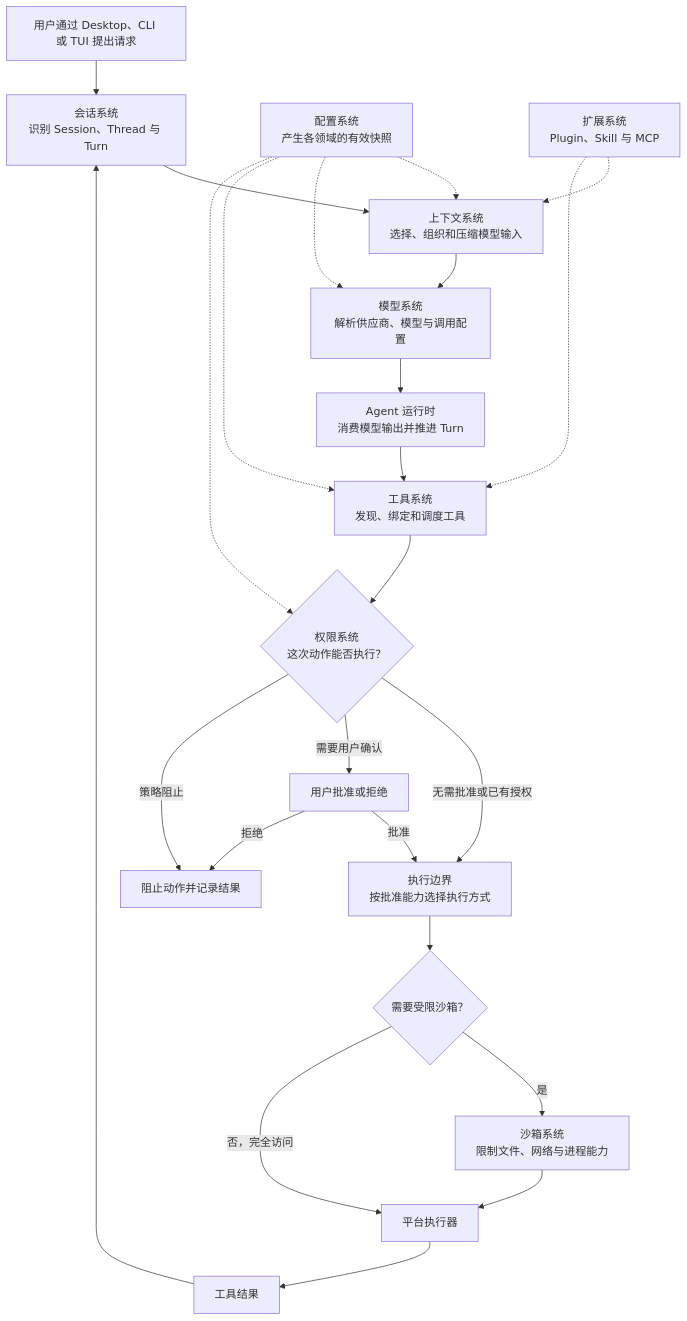
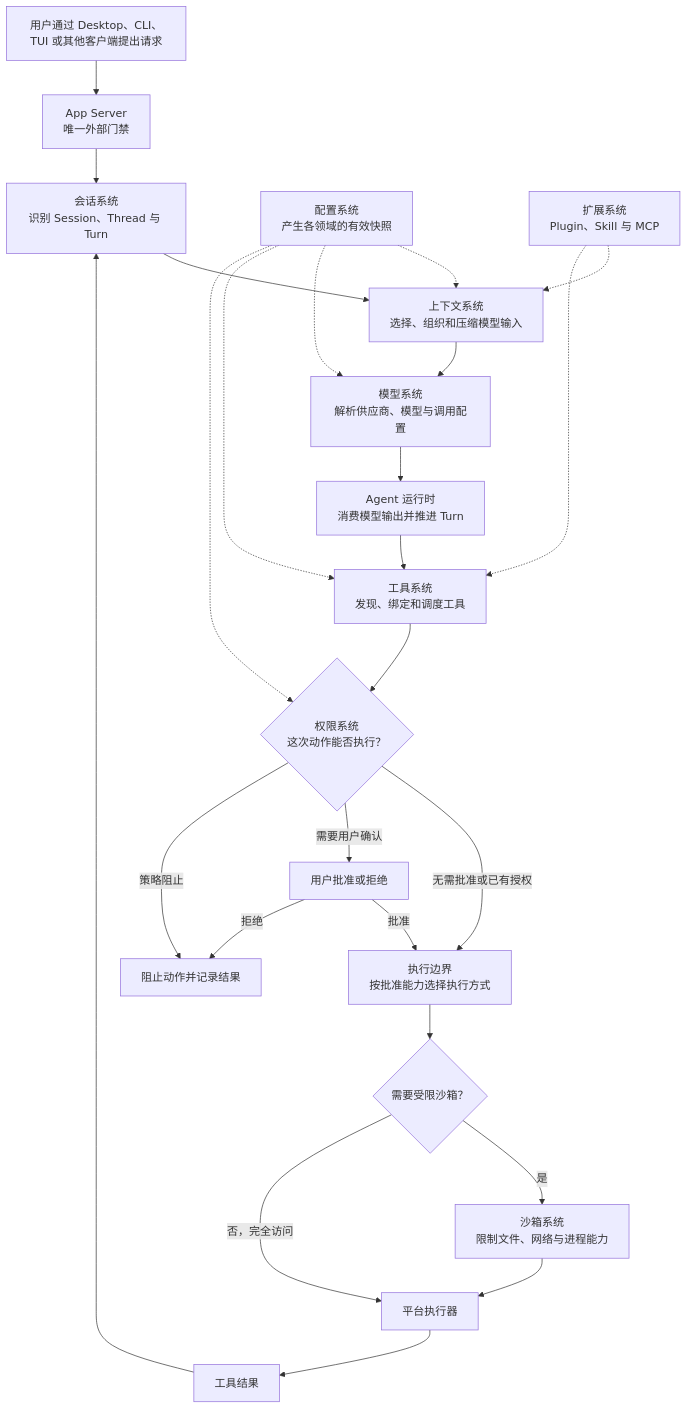
One commit to chogng/zeta changed the diagram in docs/architecture.md. Above: the diagram before and after it, drawn with Mermaid. The commit also changed other lines of this file and 782 other files, not shown here.

````diff
--- a/docs/architecture.md
+++ b/docs/architecture.md
@@ -27,27 +31,28 @@
 ```mermaid
 flowchart TD
-    user["用户通过 Desktop、CLI 或 TUI 提出请求"] --> session["会话系统<br/>识别 Session、Thread 与 Turn"]
+    user["用户通过 Desktop、CLI、TUI 或其他客户端提出请求"] --> gate["App Server<br/>唯一外部门禁"]
+    gate --> session["会话系统<br/>识别 Session、Thread 与 Turn"]
     session --> context["上下文系统<br/>选择、组织和压缩模型输入"]
     context --> model["模型系统<br/>解析供应商、模型与调用配置"]
     model --> agent["Agent 运行时<br/>消费模型输出并推进 Turn"]
     agent --> tools["工具系统<br/>发现、绑定和调度工具"]
     tools --> permission{"权限系统<br/>这次动作能否执行？"}
     permission -- "无需批准或已有授权" --> boundary["执行边界<br/>按批准能力选择执行方式"]
     permission -- "需要用户确认" --> approval["用户批准或拒绝"]
     approval -- "批准" --> boundary
     approval -- "拒绝" --> stopped["阻止动作并记录结果"]
     permission -- "策略阻止" --> stopped
     boundary --> isolation{"需要受限沙箱？"}
     isolation -- "是" --> sandbox["沙箱系统<br/>限制文件、网络与进程能力"]
     isolation -- "否，完全访问" --> executor["平台执行器"]
     sandbox --> executor
     executor --> result["工具结果"]
     result --> session
 
     config["配置系统<br/>产生各领域的有效快照"] -.-> context
     config -.-> model
     config -.-> tools
     config -.-> permission
     extension["扩展系统<br/>Plugin、Skill 与 MCP"] -.-> context
     extension -.-> tools
 ```
````
